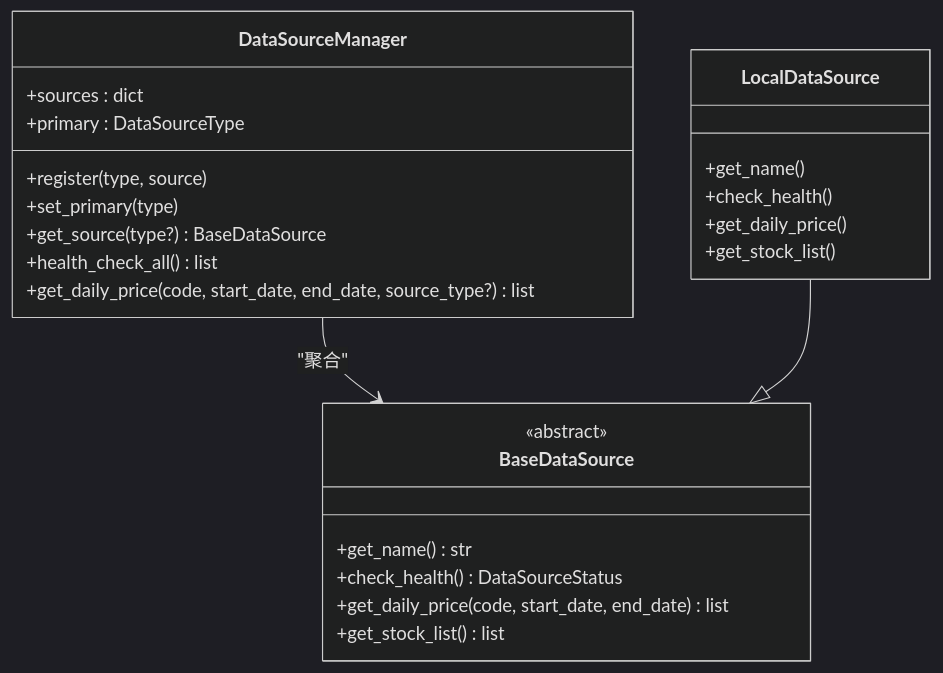
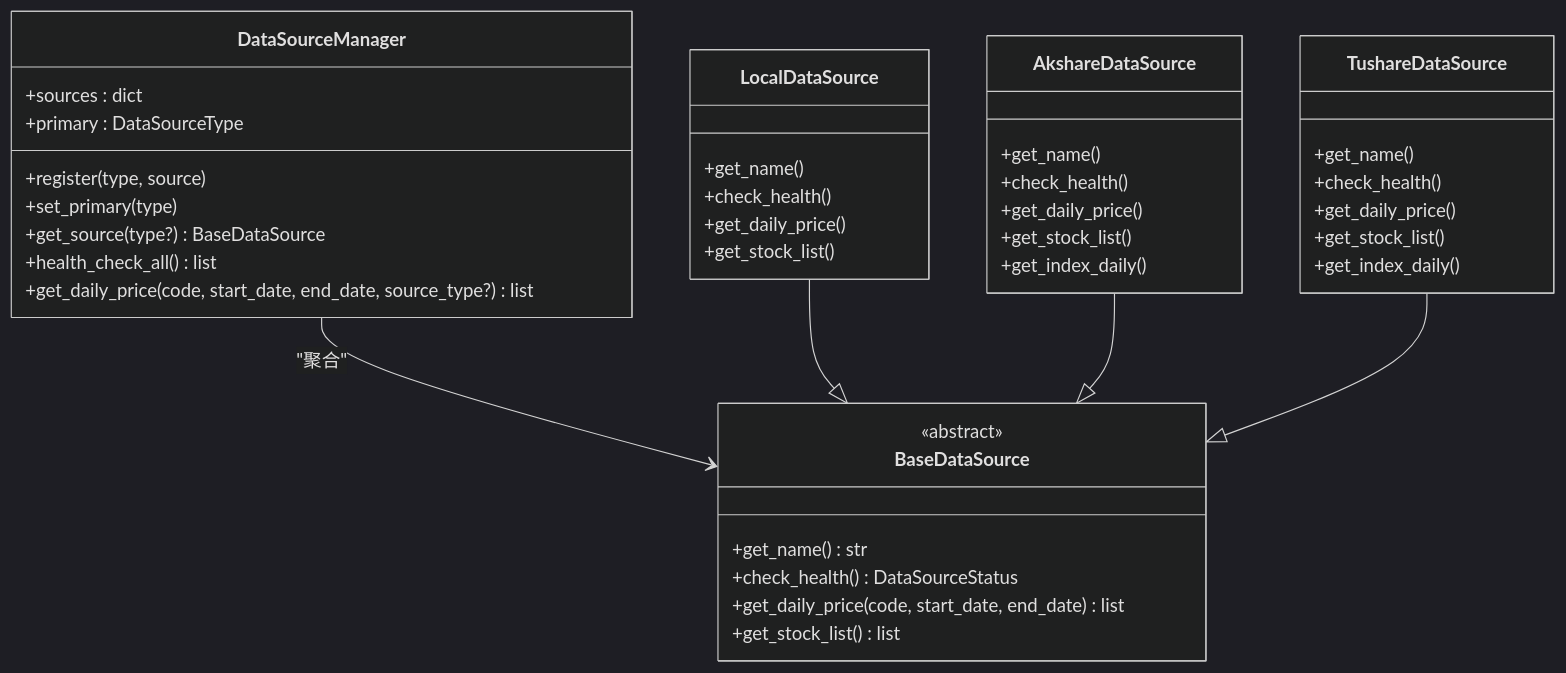
One commit to Magicer2024/AIQuant changed the third of 8 diagrams in .qoder/repowiki/zh/content/开发指南/功能开发流程/数据源接入流程.md. Above: the diagram before and after it, drawn with Mermaid (dark theme). The commit also changed other lines of this file and 62 other files, not shown here.

First line of the commit message:
refactor: migrate modules to 六部 ministries architecture

````diff
--- a/.qoder/repowiki/zh/content/开发指南/功能开发流程/数据源接入流程.md
+++ b/.qoder/repowiki/zh/content/开发指南/功能开发流程/数据源接入流程.md
@@ -156,27 +166,43 @@
 ```mermaid
 classDiagram
 class DataSourceManager {
 +sources : dict
 +primary : DataSourceType
 +register(type, source)
 +set_primary(type)
 +get_source(type?) BaseDataSource
 +health_check_all() list
 +get_daily_price(code, start_date, end_date, source_type?) list
 }
 class BaseDataSource {
 <<abstract>>
 +get_name() str
 +check_health() DataSourceStatus
 +get_daily_price(code, start_date, end_date) list
 +get_stock_list() list
 }
 class LocalDataSource {
 +get_name()
 +check_health()
 +get_daily_price()
 +get_stock_list()
 }
+class AkshareDataSource {
++get_name()
++check_health()
++get_daily_price()
++get_stock_list()
++get_index_daily()
+}
+class TushareDataSource {
++get_name()
++check_health()
++get_daily_price()
++get_stock_list()
++get_index_daily()
+}
 DataSourceManager --> BaseDataSource : "聚合"
 LocalDataSource --|> BaseDataSource
+AkshareDataSource --|> BaseDataSource
+TushareDataSource --|> BaseDataSource
 ```
````
